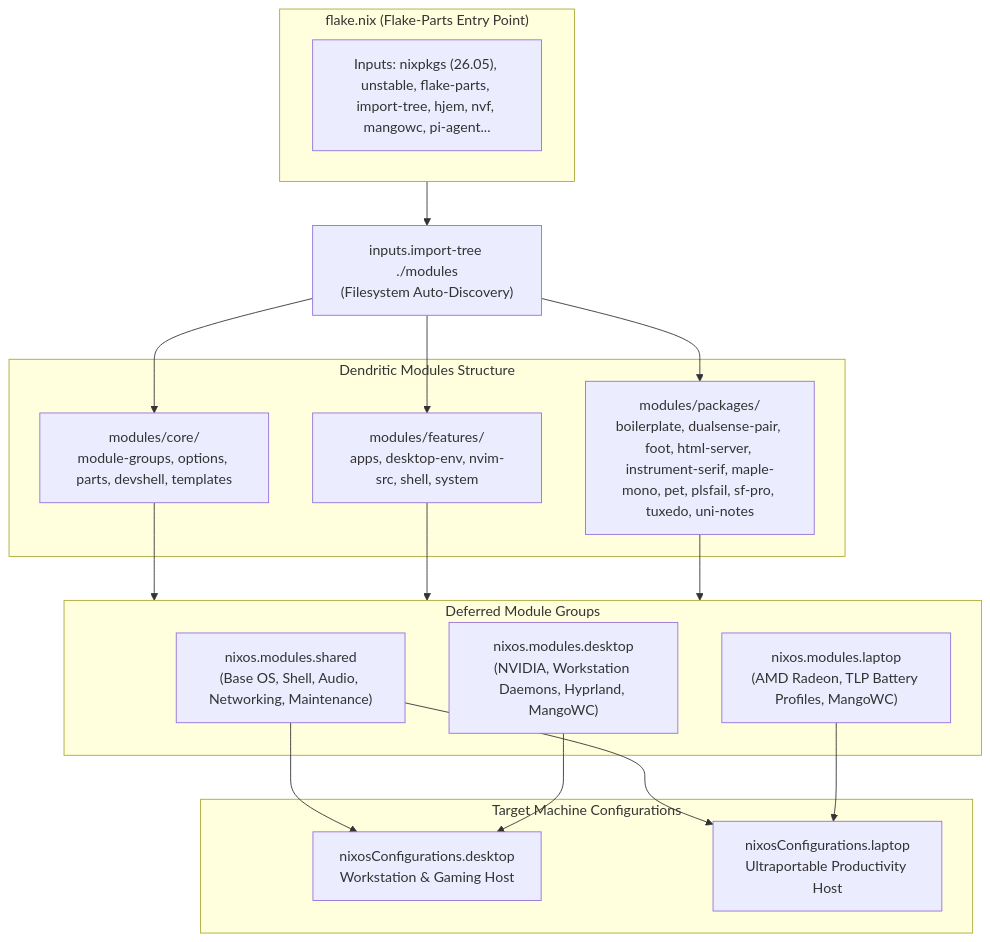
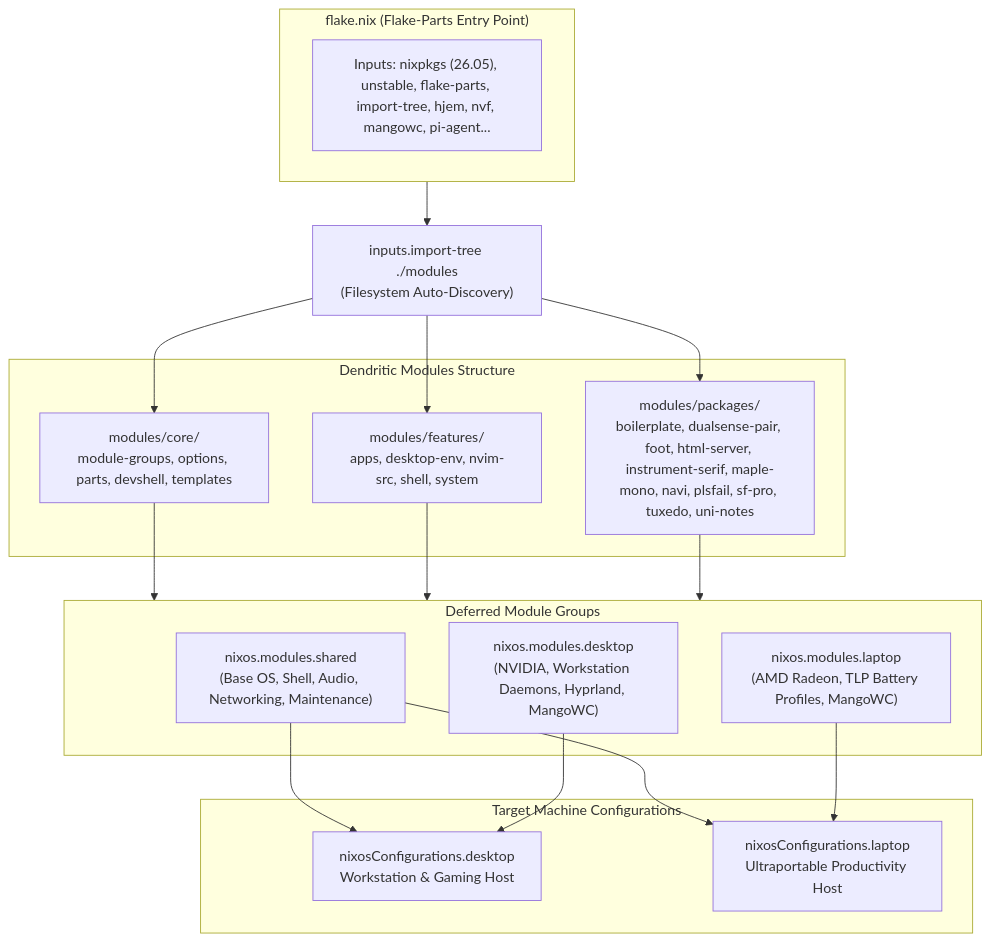
One commit to Ssnibles/NixConfig changed the diagram in README.md. Above: the diagram before and after it, drawn with Mermaid. The commit also changed other lines of this file and 20 other files, not shown here.

````diff
--- a/README.md
+++ b/README.md
@@ -86,45 +86,45 @@
 ```mermaid
 flowchart TD
     subgraph Flake["flake.nix (Flake-Parts Entry Point)"]
         Inputs["Inputs: nixpkgs (26.05), unstable, flake-parts, import-tree, hjem, nvf, mangowc, pi-agent..."]
     end
 
     Tree["inputs.import-tree ./modules<br/>(Filesystem Auto-Discovery)"]
     Flake --> Tree
 
     subgraph Modules["Dendritic Modules Structure"]
         Core["modules/core/<br/>module-groups, options, parts, devshell, templates"]
         Features["modules/features/<br/>apps, desktop-env, nvim-src, shell, system"]
-        Packages["modules/packages/<br/>boilerplate, dualsense-pair, foot, html-server, instrument-serif, maple-mono, pet, plsfail, sf-pro, tuxedo, uni-notes"]
+        Packages["modules/packages/<br/>boilerplate, dualsense-pair, foot, html-server, instrument-serif, maple-mono, navi, plsfail, sf-pro, tuxedo, uni-notes"]
     end
 
     Tree --> Core
     Tree --> Features
     Tree --> Packages
 
     subgraph Composition["Deferred Module Groups"]
         Shared["nixos.modules.shared<br/>(Base OS, Shell, Audio, Networking, Maintenance)"]
         DesktopGroup["nixos.modules.desktop<br/>(NVIDIA, Workstation Daemons, Hyprland, MangoWC)"]
         LaptopGroup["nixos.modules.laptop<br/>(AMD Radeon, TLP Battery Profiles, MangoWC)"]
     end
 
     Core --> Composition
     Features --> Composition
     Packages --> Composition
 
     subgraph Hosts["Target Machine Configurations"]
         DesktopHost["nixosConfigurations.desktop<br/>Workstation & Gaming Host"]
         LaptopHost["nixosConfigurations.laptop<br/>Ultraportable Productivity Host"]
     end
 
     Shared --> DesktopHost
     DesktopGroup --> DesktopHost
     Shared --> LaptopHost
     LaptopGroup --> LaptopHost
 
     click Core href "modules/core" "Open core modules"
     click Features href "modules/features" "Open features modules"
     click Packages href "modules/packages" "Open custom packages"
     click DesktopHost href "modules/hosts/desktop" "Open desktop host configuration"
     click LaptopHost href "modules/hosts/laptop" "Open laptop host configuration"
 ```
````
